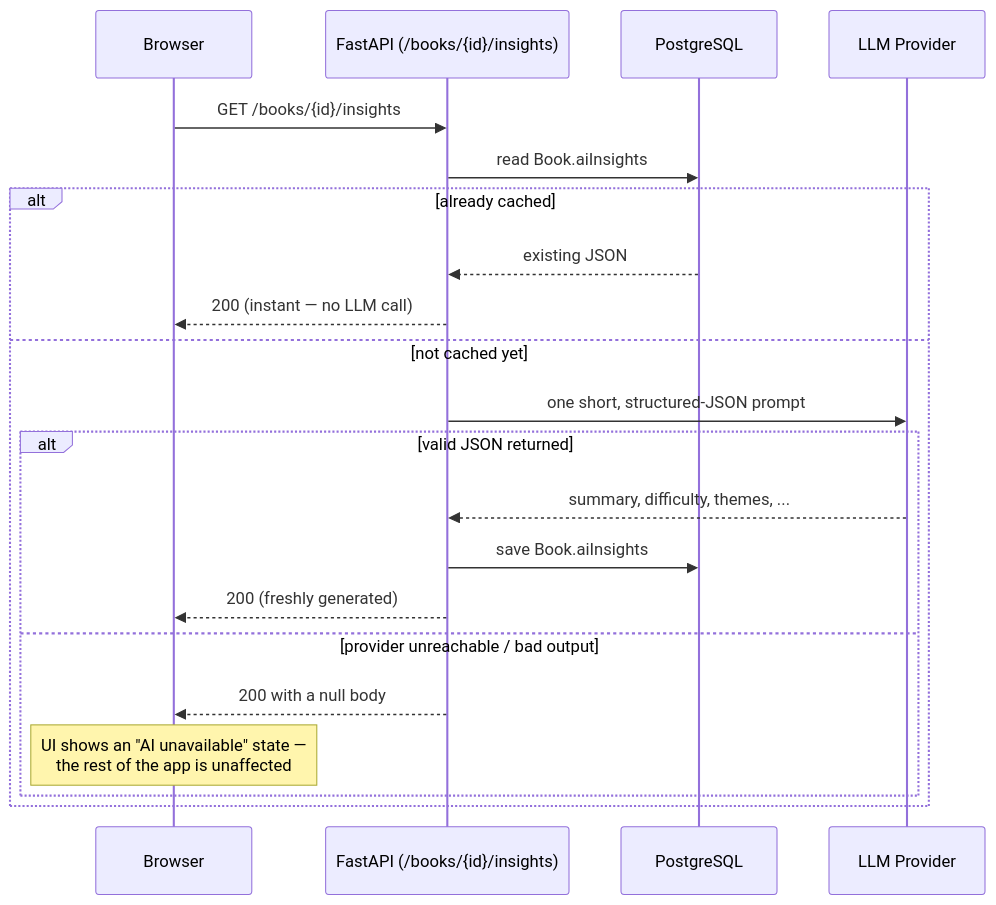
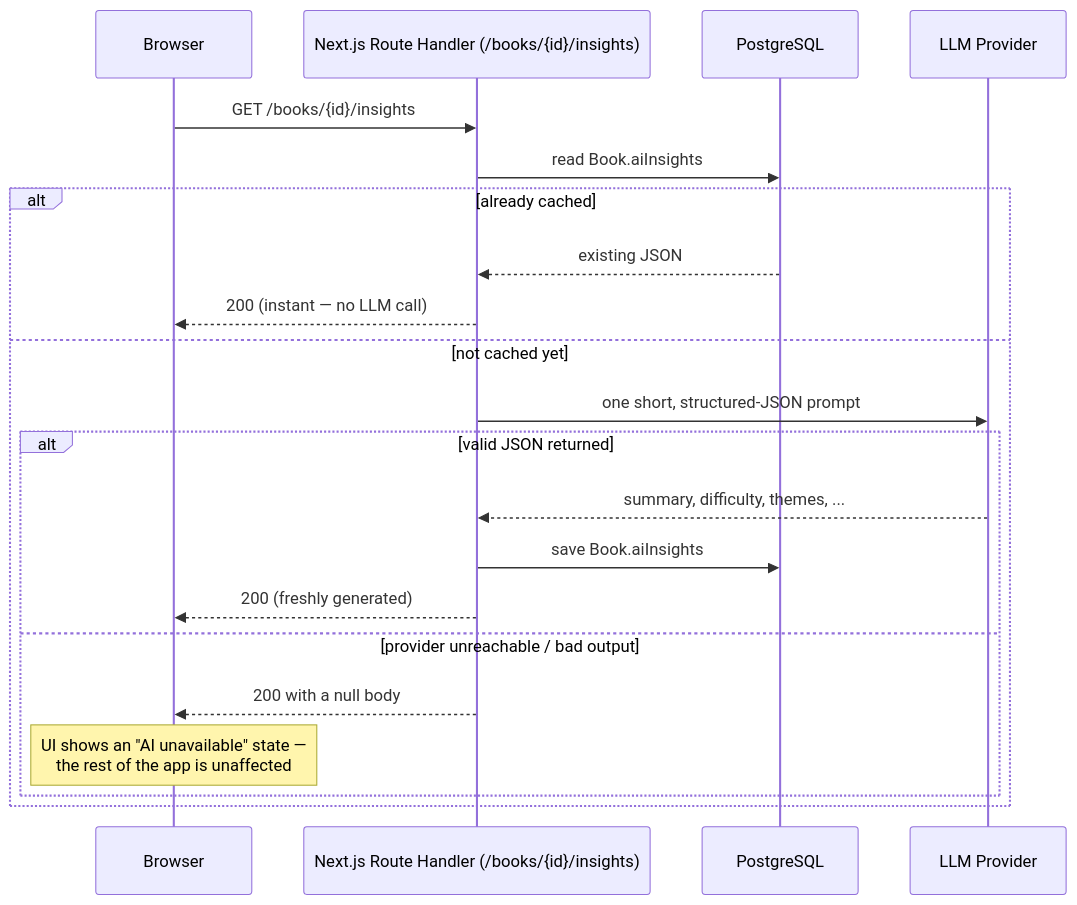
Before and after one commit to 21f1001805/Library_management: the fifth of 5 diagrams in README.md, drawn with Mermaid. The commit also changed other lines of this file and 23 other files, not shown here.

````diff
--- a/README.md
+++ b/README.md
@@ -263,24 +266,24 @@
 ```mermaid
 sequenceDiagram
     participant U as Browser
-    participant API as FastAPI (/books/{id}/insights)
+    participant API as Next.js Route Handler (/books/{id}/insights)
     participant DB as PostgreSQL
     participant LLM as LLM Provider
 
     U->>API: GET /books/{id}/insights
     API->>DB: read Book.aiInsights
     alt already cached
         DB-->>API: existing JSON
         API-->>U: 200 (instant — no LLM call)
     else not cached yet
         API->>LLM: one short, structured-JSON prompt
         alt valid JSON returned
             LLM-->>API: summary, difficulty, themes, ...
             API->>DB: save Book.aiInsights
             API-->>U: 200 (freshly generated)
         else provider unreachable / bad output
             API-->>U: 200 with a null body
             Note over U: UI shows an "AI unavailable" state —<br/>the rest of the app is unaffected
         end
     end
 ```
````
